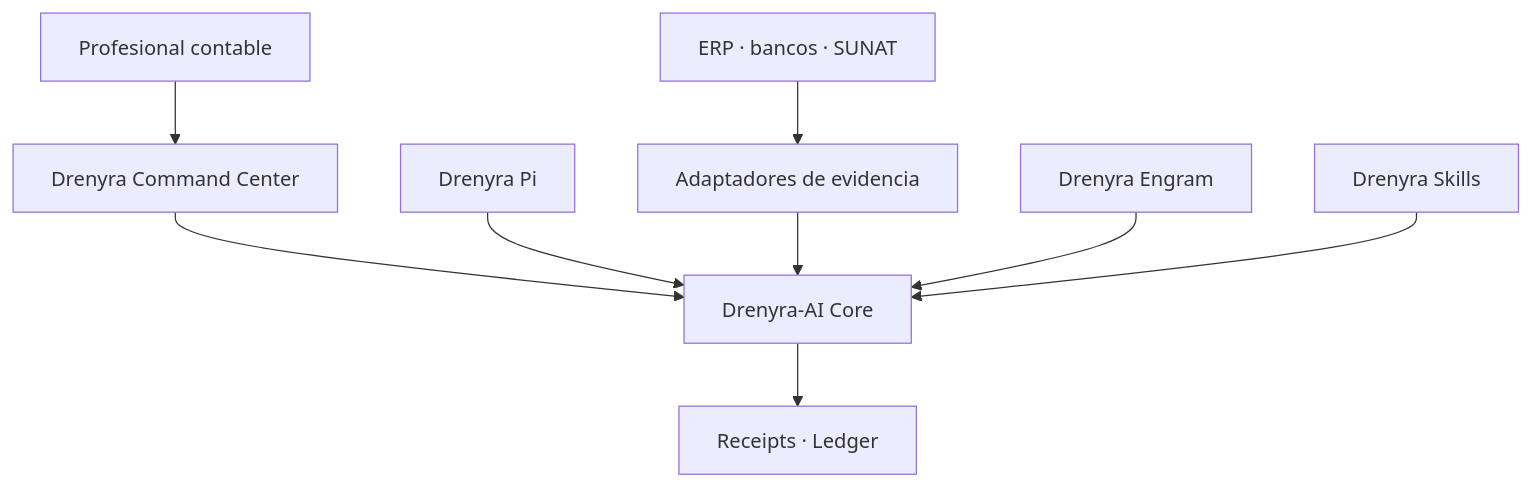
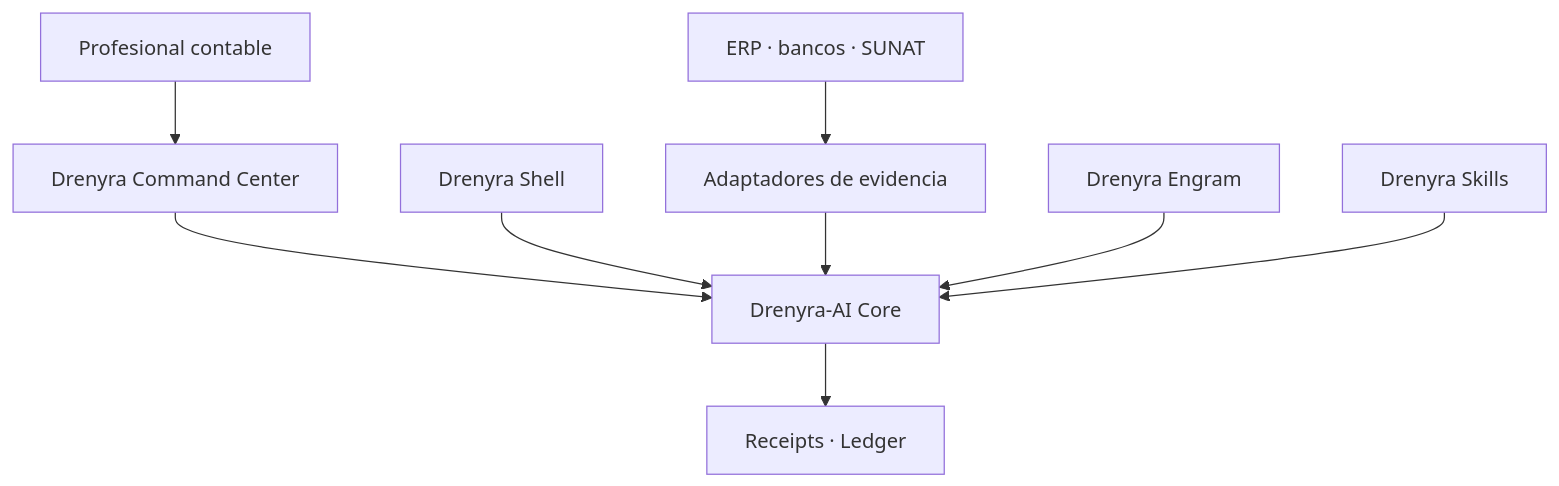
The first of 2 diagrams in docs/architecture/ecosystem-boundaries.md (arkelythex/drenyra-pi), drawn with Mermaid before and after one commit. The commit also changed other lines of this file and 49 other files, not shown here.

First line of the commit message:
docs: rename prose to Drenyra Shell across docs, agents, skills, prompts

````diff
--- a/docs/architecture/ecosystem-boundaries.md
+++ b/docs/architecture/ecosystem-boundaries.md
@@ -50,11 +50,11 @@
 ```mermaid
 flowchart TD
     P["Profesional contable"] --> D["Drenyra Command Center"]
     D --> AI["Drenyra-AI Core"]
-    PI["Drenyra Pi"] --> AI
+    PI["Drenyra Shell"] --> AI
     ERP["ERP · bancos · SUNAT"] --> AD["Adaptadores de evidencia"]
     AD --> AI
     EN["Drenyra Engram"] --> AI
     SK["Drenyra Skills"] --> AI
     AI --> RC["Receipts · Ledger"]
 ```
````
